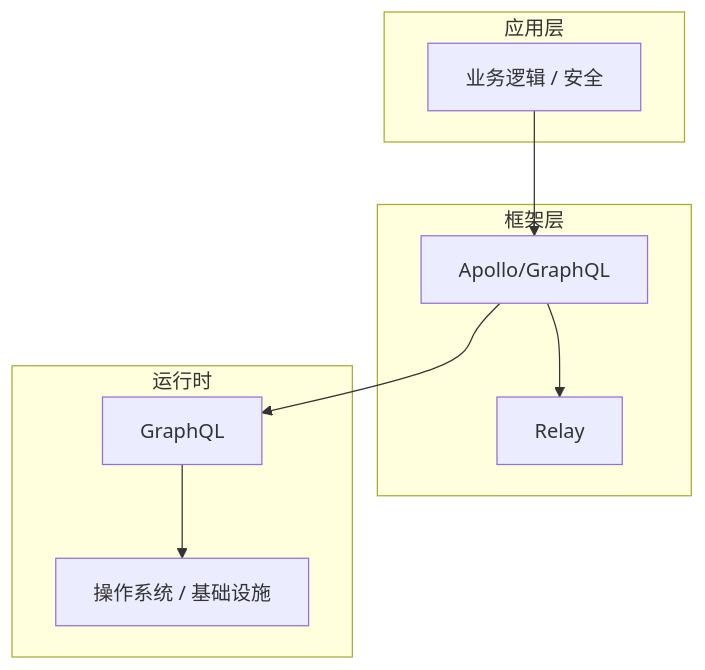
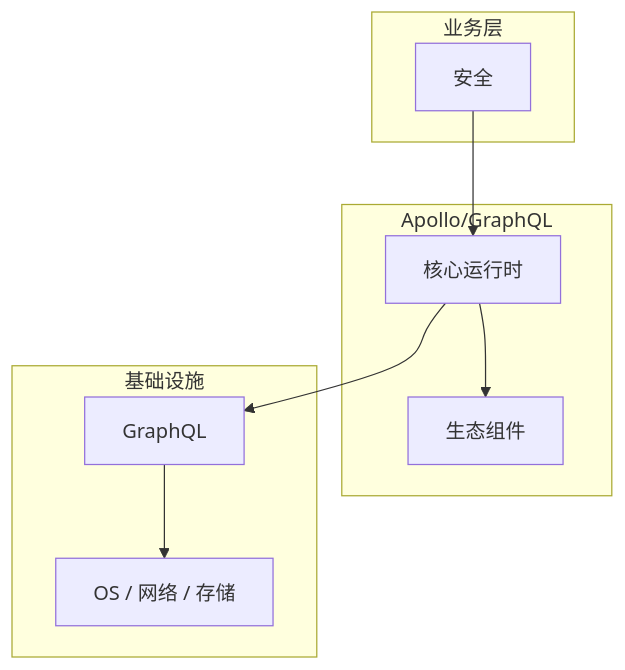
One commit to yanggan2015/knowledge-json-v2 changed the diagram in articles/GraphQL/chapters/045-安全核心概念与原理.md. Above: the diagram before and after it, drawn with Mermaid. The commit also changed other lines of this file and 10127 other files, not shown here.

````diff
--- a/articles/GraphQL/chapters/045-安全核心概念与原理.md
+++ b/articles/GraphQL/chapters/045-安全核心概念与原理.md
@@ -45,18 +34,18 @@
 ```mermaid
 graph TB
-    subgraph 应用层
-        A[业务逻辑 / 安全]
+    subgraph 业务层
+        A[安全]
     end
-    subgraph 框架层
-        B[Apollo/GraphQL]
-        C[Relay]
+    subgraph Apollo/GraphQL
+        B[核心运行时]
+        C[生态组件]
     end
-    subgraph 运行时
+    subgraph 基础设施
         D[GraphQL]
-        E[操作系统 / 基础设施]
+        E[OS / 网络 / 存储]
     end
     A --> B
     B --> C
     B --> D
     D --> E
 ```
````
